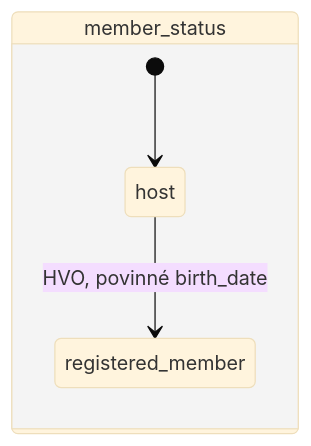
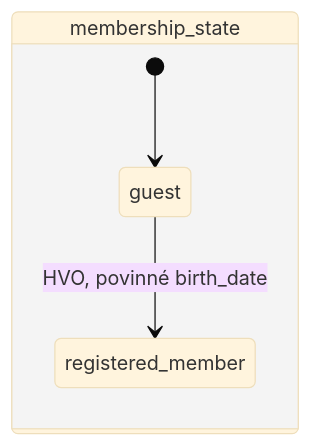
One commit to jendamozna/du-doc changed the second of 2 diagrams in docs/person-lifecycle.md. Above: the diagram before and after it, drawn with Mermaid (base theme). The commit also changed other lines of this file and 23 other files, not shown here.

````diff
--- a/docs/person-lifecycle.md
+++ b/docs/person-lifecycle.md
@@ -61,7 +64,7 @@
 ```mermaid
 stateDiagram-v2
-    state "member_status" as MS {
-        [*] --> host
-        host --> registered_member : HVO, povinné birth_date
+    state "membership_state" as MS {
+        [*] --> guest
+        guest --> registered_member : HVO, povinné birth_date
     }
 ```
````
